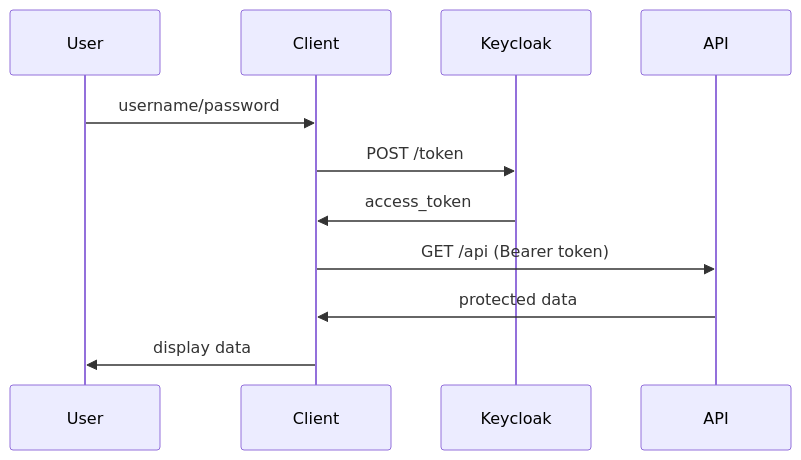
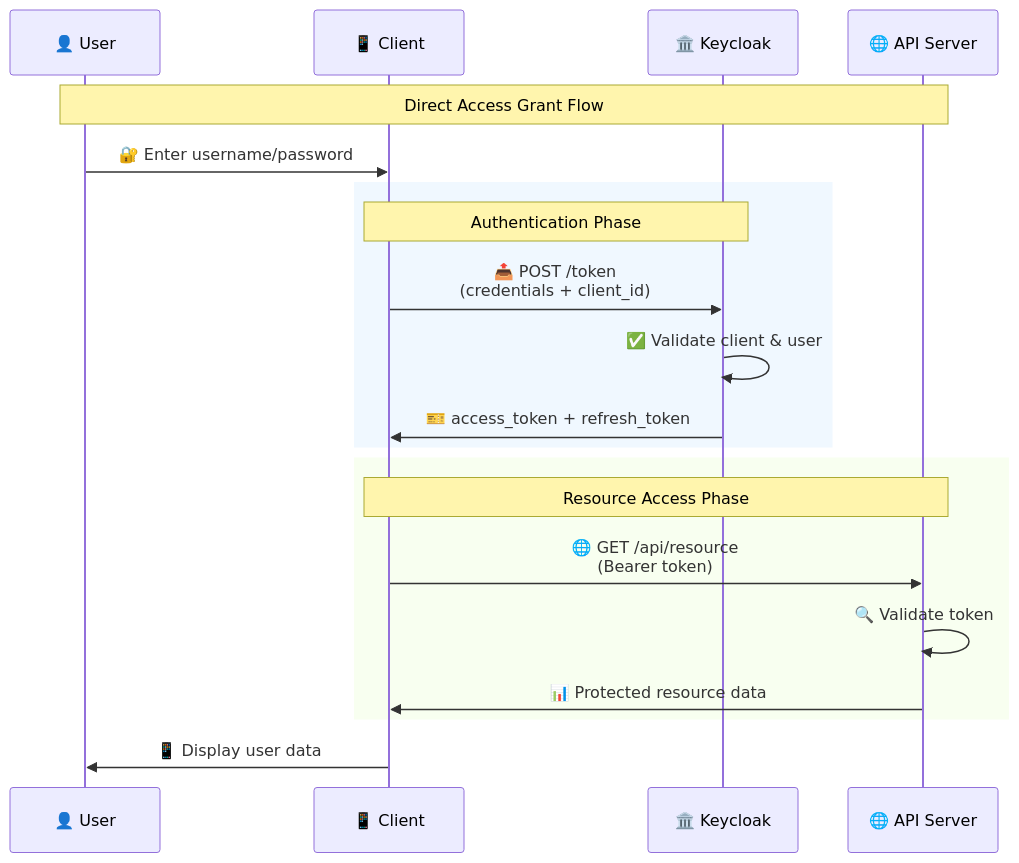
Before and after one commit to lele-maxwell/adorsys-gis-blog3: the fifth of 5 diagrams in docs/blog/direct-access-grant/slides.md, drawn with Mermaid. The commit also changed other lines of this file, not shown here.

Commit message:
Fix slides.md file to have a better explanation of what the process and what it does and correct explanation of the Direct grant flow

````diff
--- a/docs/blog/direct-access-grant/slides.md
+++ b/docs/blog/direct-access-grant/slides.md
@@ -110,14 +130,27 @@
 ```mermaid
 sequenceDiagram
-    participant U as User
-    participant C as Client
-    participant K as Keycloak
-    participant A as API
+    participant U as 👤 User
+    participant C as 📱 Client
+    participant K as 🏛️ Keycloak
+    participant A as 🌐 API Server
 
-    U->>C: username/password
-    C->>K: POST /token
-    K->>C: access_token
-    C->>A: GET /api (Bearer token)
-    A->>C: protected data
-    C->>U: display data
+    Note over U,A: Direct Access Grant Flow
+
+    U->>C: 🔐 Enter username/password
+    
+    rect rgb(240, 248, 255)
+        Note over C,K: Authentication Phase
+        C->>K: 📤 POST /token<br/>(credentials + client_id)
+        K->>K: ✅ Validate client & user
+        K->>C: 🎫 access_token + refresh_token
+    end
+    
+    rect rgb(248, 255, 240)
+        Note over C,A: Resource Access Phase
+        C->>A: 🌐 GET /api/resource<br/>(Bearer token)
+        A->>A: 🔍 Validate token
+        A->>C: 📊 Protected resource data
+    end
+    
+    C->>U: 📱 Display user data
 ```
````
